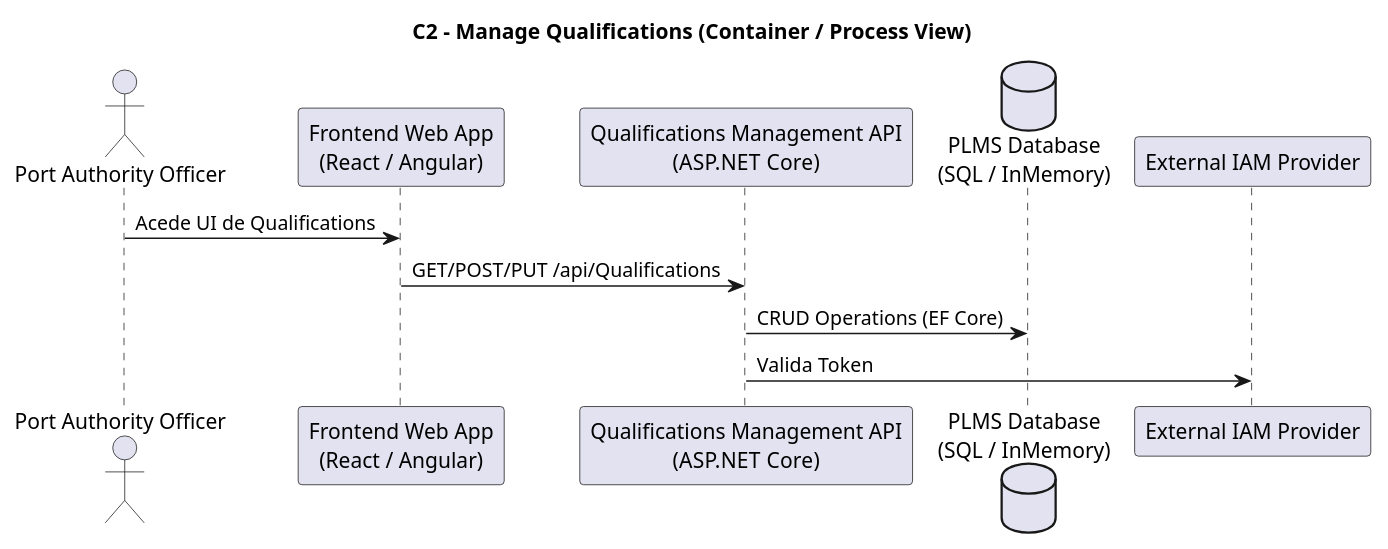
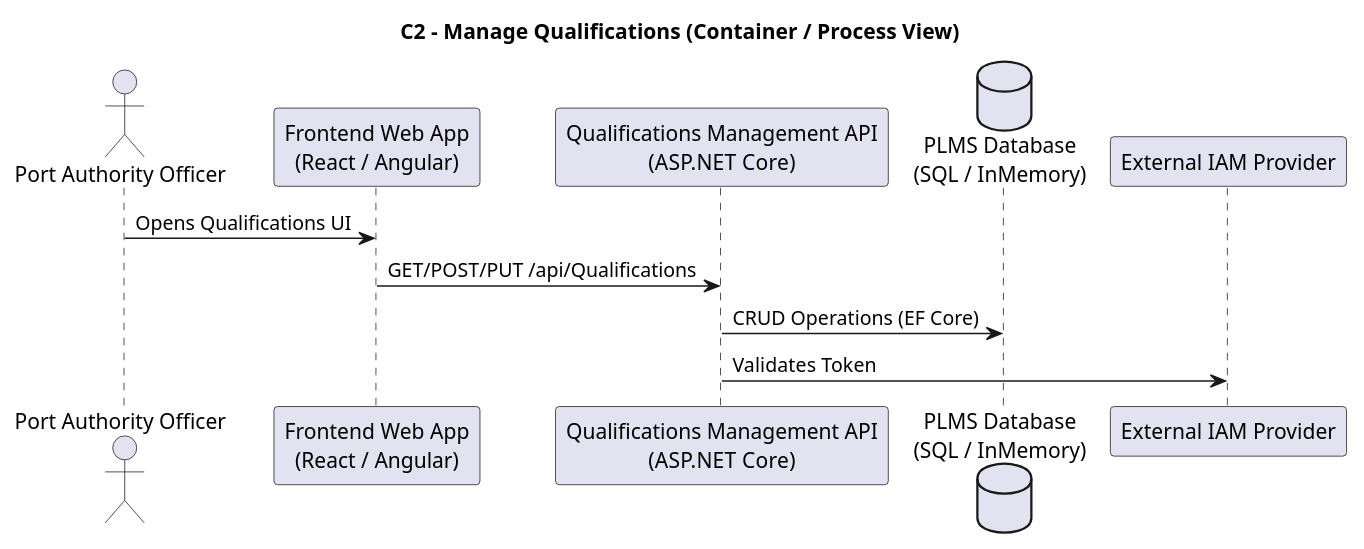
The diagram in Docs/Sprint A/US 2.2.13/Modelo c4/C2_Processos.puml (Departamento-de-Engenharia-Informatica/LEI-SEM5-PI-2025-26-3DM-03), drawn with PlantUML before and after one commit. The commit also changed 10 other files, not shown here.

Commit message:
Translate UML diagrams and documentation for Manage Qualifications use case to English (us 2.2.13) #14

```diff
--- a/Docs/Sprint A/US 2.2.13/Modelo c4/C2_Processos.puml
+++ b/Docs/Sprint A/US 2.2.13/Modelo c4/C2_Processos.puml
@@ -1,14 +1,14 @@
 @startuml C2_Manage_Qualifications_Process_View
 title C2 – Manage Qualifications (Container / Process View)
 
 actor "Port Authority Officer" as Officer
 participant "Frontend Web App\n(React / Angular)" as Frontend
 participant "Qualifications Management API\n(ASP.NET Core)" as API
 database "PLMS Database\n(SQL / InMemory)" as DB
 
-Officer -> Frontend : Acede UI de Qualifications
+Officer -> Frontend : Opens Qualifications UI
 Frontend -> API : GET/POST/PUT /api/Qualifications
 API -> DB : CRUD Operations (EF Core)
-API -> "External IAM Provider" : Valida Token
+API -> "External IAM Provider" : Validates Token
 
 @enduml
```
